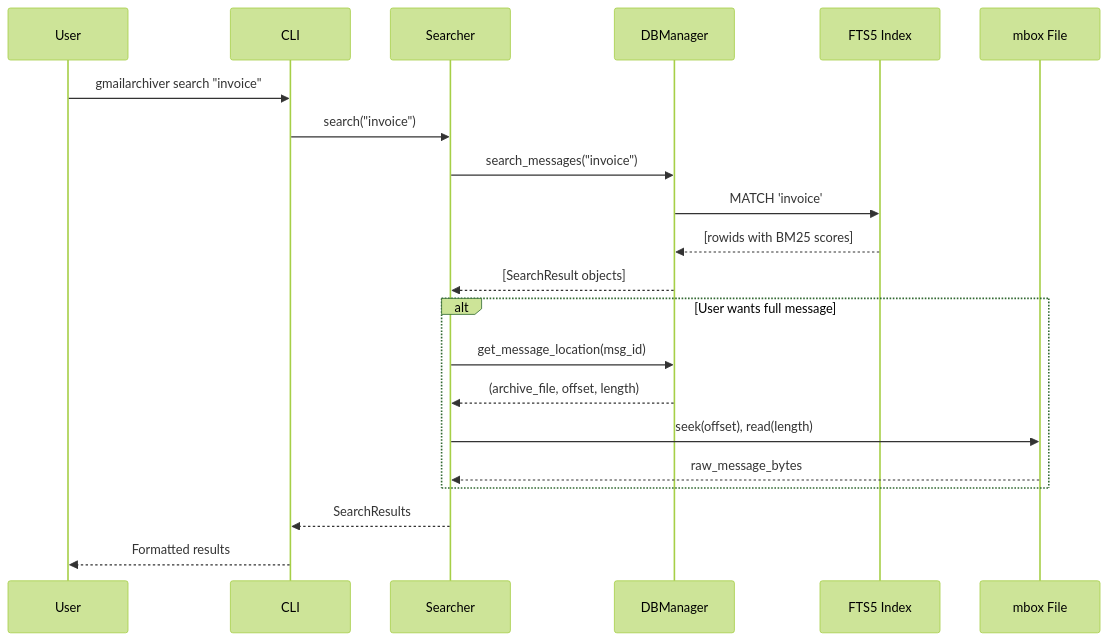
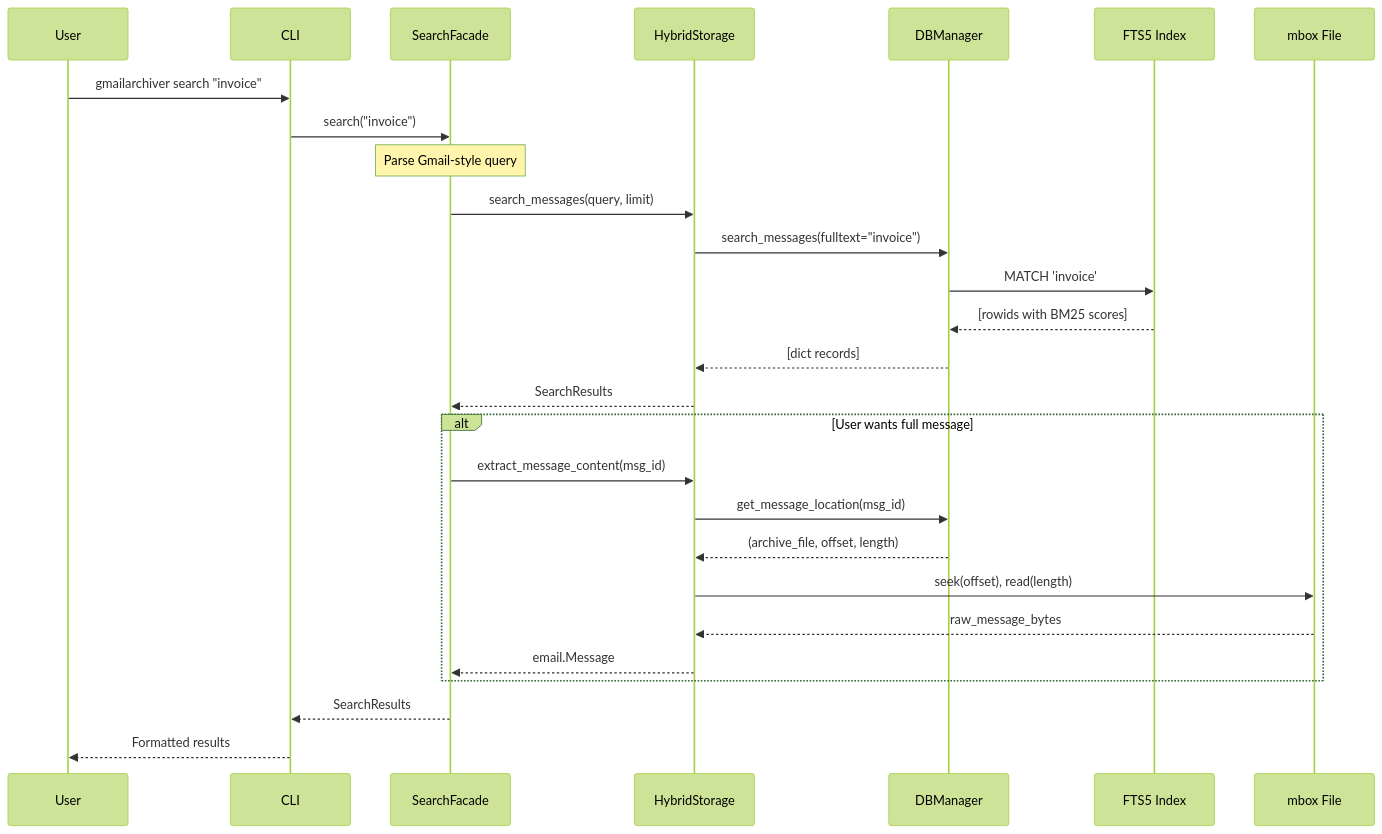
Before and after one commit to tumma72/GMailArchiver: diagram 11 of 23 in docs/ARCHITECTURE.md, drawn with Mermaid (forest theme). The commit also changed other lines of this file and 53 other files, not shown here.

First line of the commit message:
refactor: Major architecture cleanup - HybridStorage as single data gateway

````diff
--- a/docs/ARCHITECTURE.md
+++ b/docs/ARCHITECTURE.md
@@ -505,28 +516,34 @@
 ```mermaid
 sequenceDiagram
     participant User
     participant CLI
-    participant Searcher
+    participant Searcher as SearchFacade
+    participant HS as HybridStorage
     participant DB as DBManager
     participant FTS as FTS5 Index
     participant MBOX as mbox File
 
     User->>CLI: gmailarchiver search "invoice"
     CLI->>Searcher: search("invoice")
 
-    Searcher->>DB: search_messages("invoice")
+    Note over Searcher: Parse Gmail-style query
+
+    Searcher->>HS: search_messages(query, limit)
+    HS->>DB: search_messages(fulltext="invoice")
     DB->>FTS: MATCH 'invoice'
     FTS-->>DB: [rowids with BM25 scores]
-    DB-->>Searcher: [SearchResult objects]
+    DB-->>HS: [dict records]
+    HS-->>Searcher: SearchResults
 
     alt User wants full message
-        Searcher->>DB: get_message_location(msg_id)
-        DB-->>Searcher: (archive_file, offset, length)
-
-        Searcher->>MBOX: seek(offset), read(length)
-        MBOX-->>Searcher: raw_message_bytes
+        Searcher->>HS: extract_message_content(msg_id)
+        HS->>DB: get_message_location(msg_id)
+        DB-->>HS: (archive_file, offset, length)
+        HS->>MBOX: seek(offset), read(length)
+        MBOX-->>HS: raw_message_bytes
+        HS-->>Searcher: email.Message
     end
 
     Searcher-->>CLI: SearchResults
     CLI-->>User: Formatted results
 ```
````
